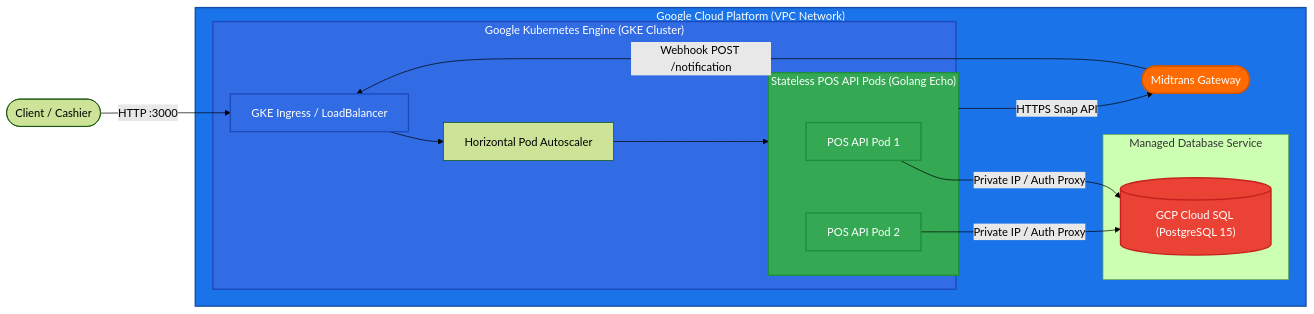
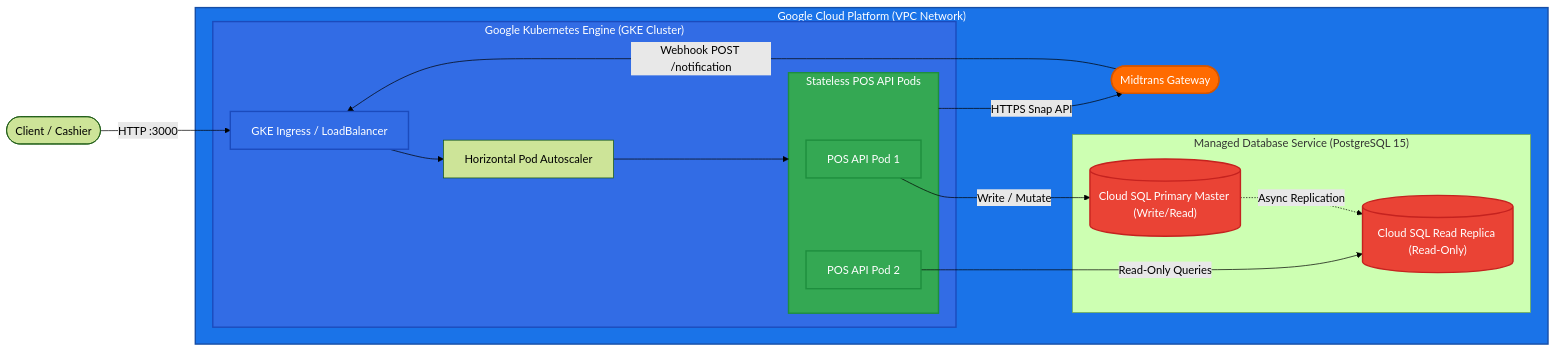
Before and after one commit to goesbams/simple-pos-with-terraform: the first of 2 diagrams in README.md, drawn with Mermaid (forest theme).

Commit message:
docs: remove framework specific label from architecture diagram and add Master-Slave Cloud SQL topology

````diff
--- a/README.md
+++ b/README.md
@@ -19,39 +19,41 @@
 ```mermaid
 flowchart LR
     Client([Client / Cashier]) -->|HTTP :3000| Ingress[GKE Ingress / LoadBalancer]
     Midtrans([Midtrans Gateway]) -->|Webhook POST /notification| Ingress
 
     subgraph GCP["Google Cloud Platform (VPC Network)"]
         
         subgraph GKE["Google Kubernetes Engine (GKE Cluster)"]
             Ingress --> HPA[Horizontal Pod Autoscaler]
             
-            subgraph Pods["Stateless POS API Pods (Golang Echo)"]
+            subgraph Pods["Stateless POS API Pods"]
                 Pod1["POS API Pod 1"]
                 Pod2["POS API Pod 2"]
             end
             
             HPA --> Pods
         end
         
-        subgraph DatabaseInstance["Managed Database Service"]
-            CloudSQL[("GCP Cloud SQL (PostgreSQL 15)")]
+        subgraph DatabaseInstance["Managed Database Service (PostgreSQL 15)"]
+            MasterDB[("Cloud SQL Primary Master (Write/Read)")]
+            SlaveDB[("Cloud SQL Read Replica (Read-Only)")]
         end
         
-        Pod1 -->|Private IP / Auth Proxy| CloudSQL
-        Pod2 -->|Private IP / Auth Proxy| CloudSQL
+        MasterDB -.->|Async Replication| SlaveDB
+        Pod1 -->|Write / Mutate| MasterDB
+        Pod2 -->|Read-Only Queries| SlaveDB
         Pods -->|HTTPS Snap API| Midtrans
     end
 
     classDef gcpStyle fill:#1a73e8,stroke:#174ea6,stroke-width:2px,color:#fff;
     classDef k8sStyle fill:#326ce5,stroke:#1b4bbd,stroke-width:2px,color:#fff;
     classDef podStyle fill:#34a853,stroke:#1e8e3e,stroke-width:2px,color:#fff;
     classDef dbStyle fill:#ea4335,stroke:#c5221f,stroke-width:2px,color:#fff;
     classDef midtransStyle fill:#ff6b00,stroke:#d45500,stroke-width:2px,color:#fff;
 
     class GCP gcpStyle;
     class GKE,Ingress k8sStyle;
     class Pods,Pod1,Pod2 podStyle;
-    class CloudSQL dbStyle;
+    class MasterDB,SlaveDB dbStyle;
     class Midtrans midtransStyle;
 ```
````
